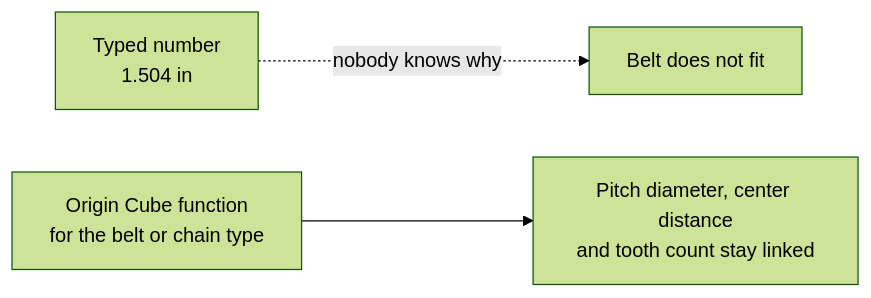
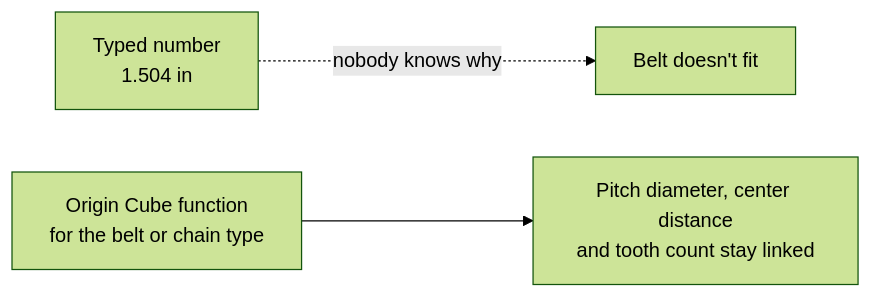
The diagram in docs/rules/05-smart-dimensions.md (FRC-2928/DesignGuide), drawn with Mermaid (forest theme) before and after one commit. The commit also changed other lines of this file and 16 other files, not shown here.

````diff
--- a/docs/rules/05-smart-dimensions.md
+++ b/docs/rules/05-smart-dimensions.md
@@ -9,5 +9,5 @@
 ```mermaid
 flowchart LR
-    T["Typed number<br/>1.504 in"] -. "nobody knows why" .-> X["Belt does not fit"]
+    T["Typed number<br/>1.504 in"] -. "nobody knows why" .-> X["Belt doesn't fit"]
     F["Origin Cube function<br/>for the belt or chain type"] --> OK["Pitch diameter, center distance<br/>and tooth count stay linked"]
 ```
````
